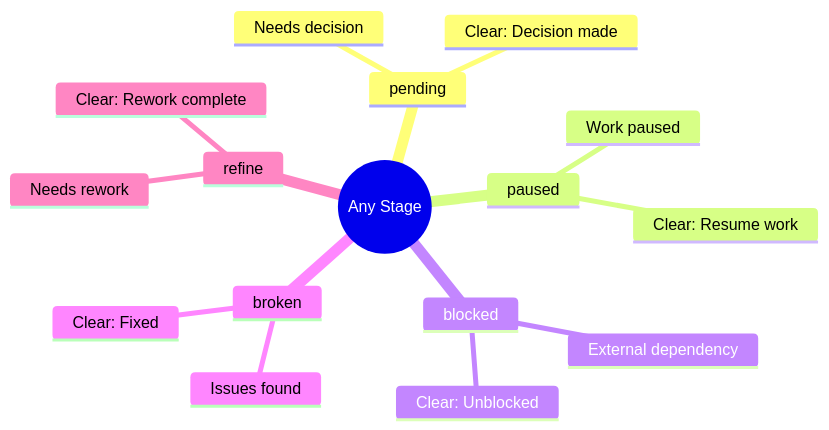
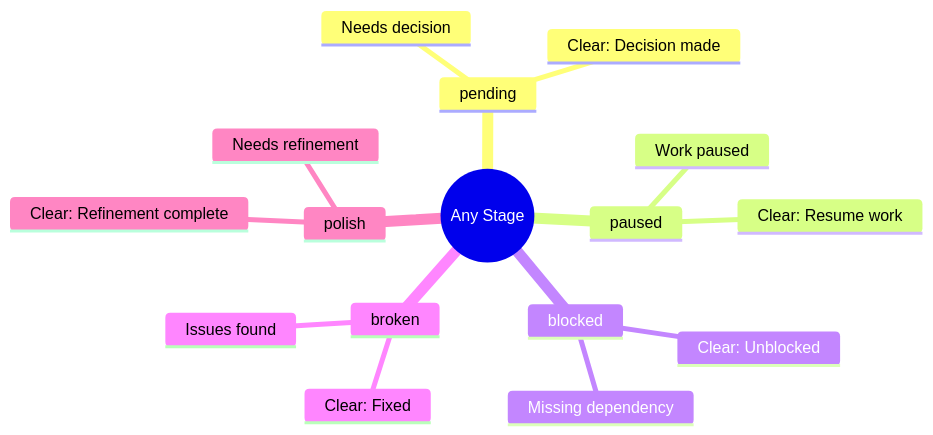
Before and after one commit to Mharbulous/SyncoPaid: the second of 11 diagrams in .claude/skills/story-tree/references/workflow-diagrams.md, drawn with Mermaid. The commit also changed other lines of this file and 1 other file, not shown here.

Commit message:
refactor: consolidate 'refine' status to 'polish' as hold state
- Remove 'refine' status, use 'polish' as the single refinement hold state
- Move 'polish' from stage to hold_reason category
- Update HOLD_ICONS: broken uses 🔥, polish uses 💎
- Update STATUS_COLORS to 20-status system (removed refine)
- Update workflow-diagrams.md: remove polish from stage flow, add to holds
- Update transitions to use 'polish' instead of 'refine'

````diff
--- a/.claude/skills/story-tree/references/workflow-diagrams.md
+++ b/.claude/skills/story-tree/references/workflow-diagrams.md
@@ -102,19 +99,19 @@
 ```mermaid
 mindmap
   root((Any Stage))
     pending
       Needs decision
       Clear: Decision made
     paused
       Work paused
       Clear: Resume work
     blocked
-      External dependency
+      Missing dependency
       Clear: Unblocked
     broken
       Issues found
       Clear: Fixed
-    refine
-      Needs rework
-      Clear: Rework complete
+    polish
+      Needs refinement
+      Clear: Refinement complete
 ```
````
